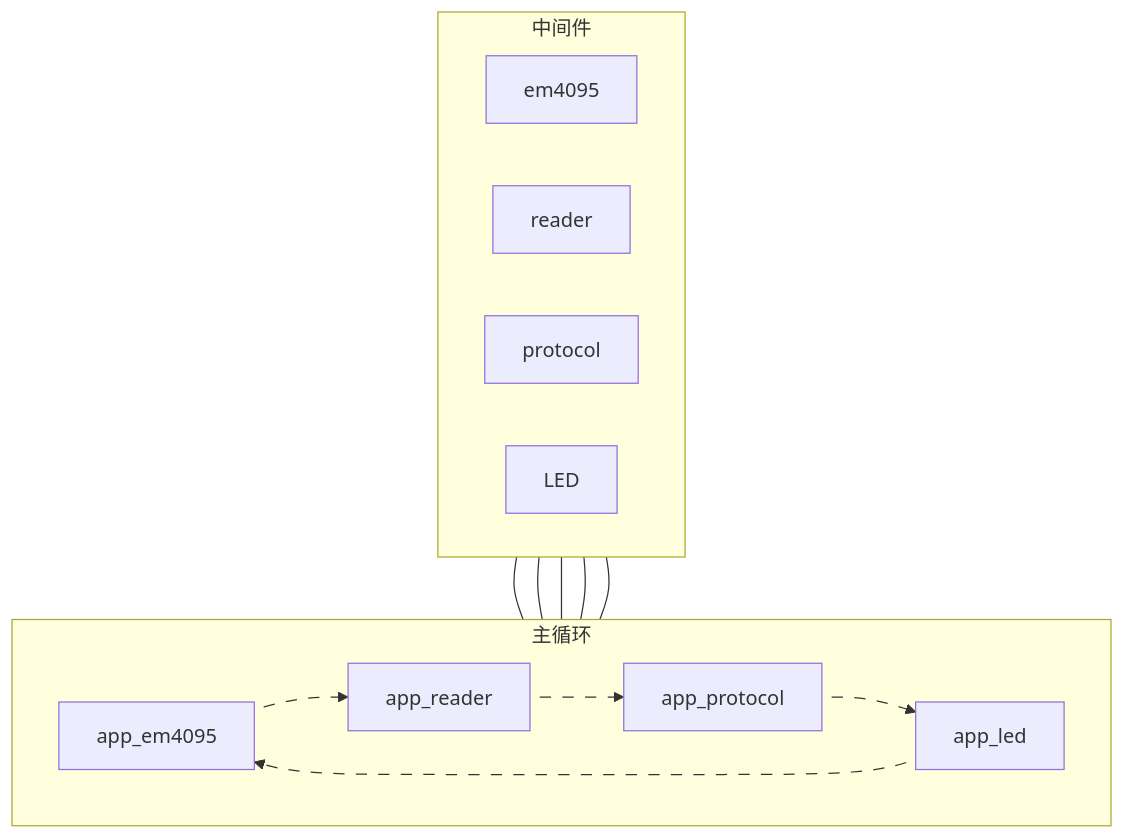
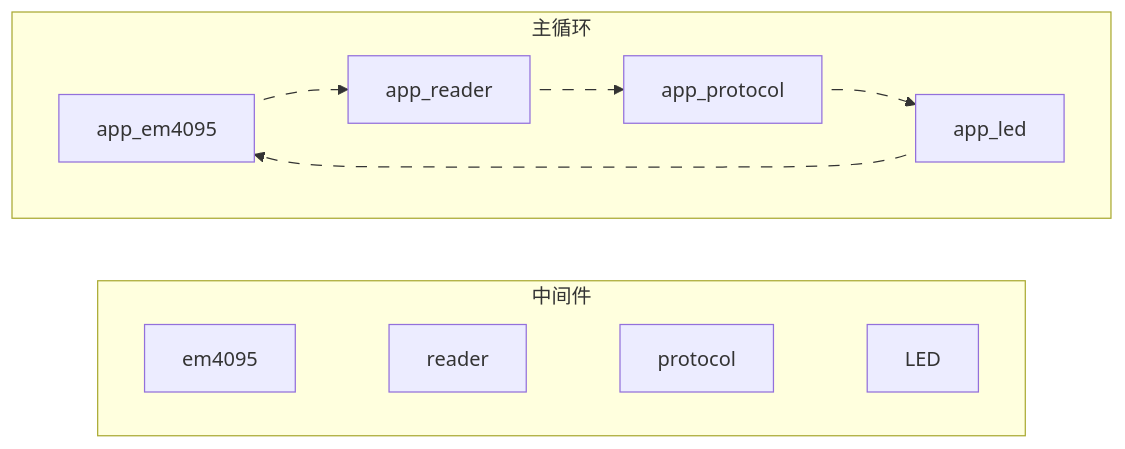
Before and after one commit to Siaiai/ObsidianNote: the second of 12 diagrams in 工作/SR3读卡器/260802SR3读卡器架构.md, drawn with Mermaid. The commit also changed 2 other files, not shown here.

Commit message:
[自动]笔记同步:2026-08-03 16:16:31 涉及文件个数:3
Affected files:
.obsidian/plugins/mermaid-elk-renderer/data.json
.obsidian/workspace.json
工作/SR3读卡器/260802SR3读卡器架构.md

````diff
--- a/工作/SR3读卡器/260802SR3读卡器架构.md
+++ b/工作/SR3读卡器/260802SR3读卡器架构.md
@@ -99,32 +99,31 @@
 ```mermaid
-%% elk %%
+
 flowchart TB
 	subgraph MAIN["主循环"]
 		direction LR
 		APP_EM4095["app_em4095"]
 		APP_READER["app_reader"]
 		APP_PROTOCOL["app_protocol"]
 		APP_LED["app_led"]
 		APP_EM4095 e1@--> APP_READER
 		APP_READER e2@--> APP_PROTOCOL
 		APP_PROTOCOL e3@--> APP_LED
 		APP_LED e4@--> APP_EM4095
 		classDef animate stroke-dasharray: 9,5,stroke-dashoffset: 10000,animation: dash 25s linear infinite; 
 		class e1 animate
 		class e2 animate
 		class e3 animate
 		class e4 animate
 	end
 	subgraph MID["中间件"]
 		direction LR
 		MID_EM4095["em4095"]
 		MID_READER["reader"]
 		MID_PROTOCOL["protocol"]
 		MID_LED["LED"]
-		MID_EM4095 --- 
-		APP_EM4095 --- MID_EM4095
-		APP_READER --- MID_READER
-		APP_PROTOCOL --- MID_PROTOCOL
-		APP_LED --- MID_LED
+		MID_EM4095 ~~~ MID_READER
+		MID_READER ~~~ MID_PROTOCOL
+		MID_PROTOCOL ~~~ MID_LED
 	end
+	MAIN ~~~ MID
 ```
````
